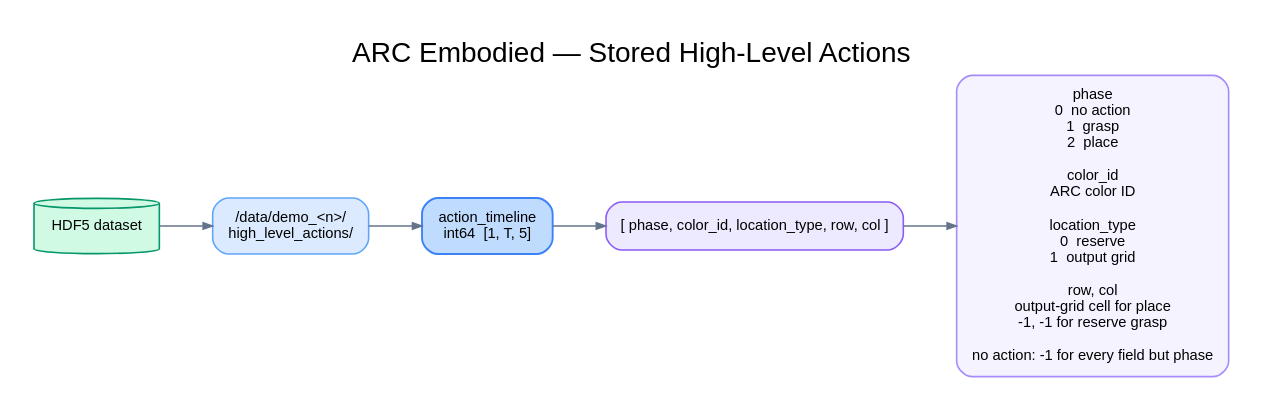
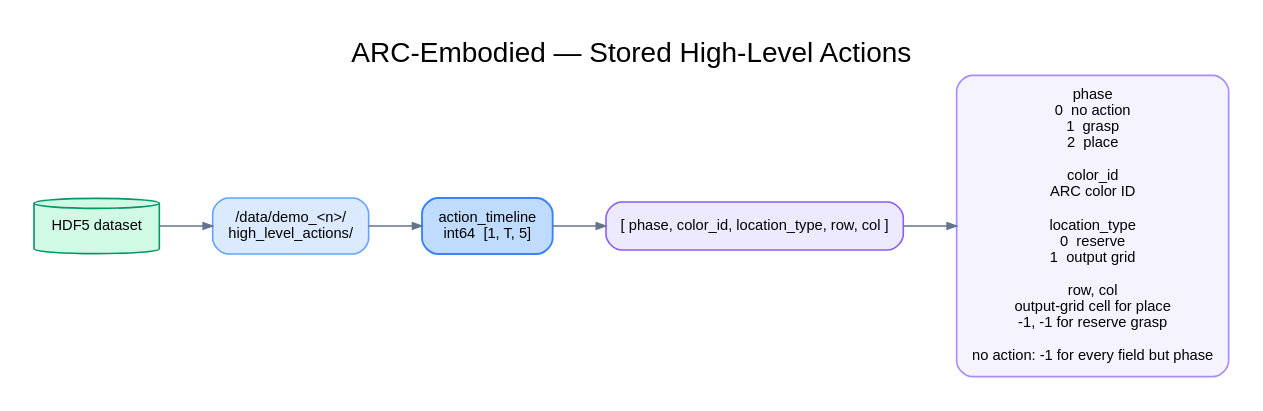
One commit to nardo7/era_bench changed the diagram in source/era_bench/docs/architecture/arc_embodied_high_level_actions.dot. Above: the diagram before and after it, drawn with Graphviz. The commit also changed 35 other files, not shown here.

```diff
--- a/source/era_bench/docs/architecture/arc_embodied_high_level_actions.dot
+++ b/source/era_bench/docs/architecture/arc_embodied_high_level_actions.dot
@@ -1,65 +1,65 @@
 digraph ArcEmbodiedHighLevelActions {
   graph [
-    label="ARC Embodied — Stored High-Level Actions",
+    label="ARC-Embodied — Stored High-Level Actions",
     labelloc=t,
     fontsize=21,
     fontname="Arial",
     rankdir=LR,
     bgcolor="white",
     pad=0.25,
     nodesep=0.35,
     ranksep=0.55,
     splines=polyline
   ];
 
   node [
     shape=box,
     style="rounded,filled",
     fontname="Arial",
     fontsize=11,
     color="#334155",
     penwidth=1.2,
     margin="0.18,0.12"
   ];
 
   edge [
     color="#64748B",
     arrowsize=0.7,
     penwidth=1.1
   ];
 
   hdf5 [
     label="HDF5 dataset",
     shape=cylinder,
     style=filled,
     fillcolor="#D1FAE5",
     color="#059669"
   ];
 
   group [
     label="/data/demo_<n>/\nhigh_level_actions/",
     fillcolor="#DBEAFE",
     color="#60A5FA"
   ];
 
   timeline [
     label="action_timeline\nint64  [1, T, 5]",
     fillcolor="#BFDBFE",
     color="#3B82F6",
     penwidth=1.4
   ];
 
   fields [
     label="[ phase, color_id, location_type, row, col ]",
     fillcolor="#EDE9FE",
     color="#8B5CF6"
   ];
 
   legend [
     label="phase\n0  no action\n1  grasp\n2  place\n\ncolor_id\nARC color ID\n\nlocation_type\n0  reserve\n1  output grid\n\nrow, col\noutput-grid cell for place\n-1, -1 for reserve grasp\n\nno action: -1 for every field but phase",
     fillcolor="#F5F3FF",
     color="#A78BFA"
   ];
 
   hdf5 -> group -> timeline -> fields -> legend;
 }
```
